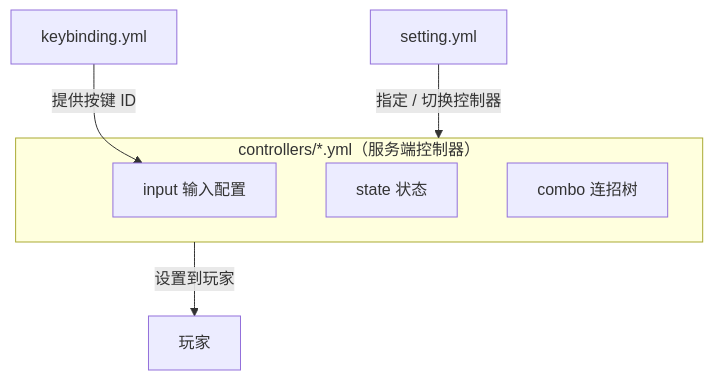
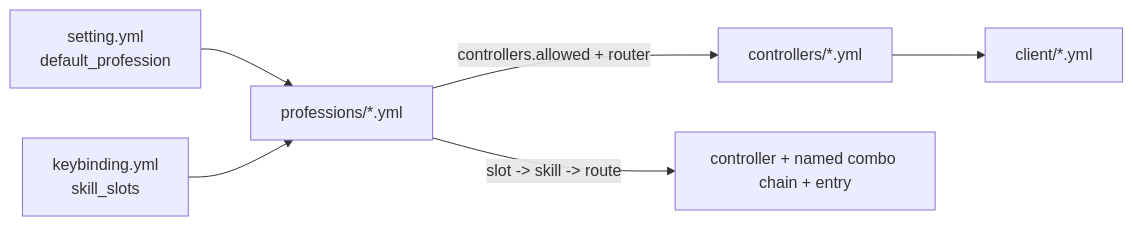
One commit to 17Artist/ArcartX-Wiki changed the diagram in content/docs/chronos/3_config.mdx. Above: the diagram before and after it, drawn with Mermaid. The commit also changed other lines of this file and 23 other files, not shown here.

````diff
--- a/content/docs/chronos/3_config.mdx
+++ b/content/docs/chronos/3_config.mdx
@@ -131,13 +47,8 @@
 ```mermaid
-flowchart TB
-    Setting["setting.yml"] -->|"指定 / 切换控制器"| Controller
-    Keybinding["keybinding.yml"] -->|"提供按键 ID"| C3
-
-    subgraph Controller["controllers/*.yml（服务端控制器）"]
-        C1["state 状态"]
-        C2["combo 连招树"]
-        C3["input 输入配置"]
-    end
-
-    Controller -->|"设置到玩家"| Player["玩家"]
+flowchart LR
+  S["setting.yml<br/>default_profession"] --> P["professions/*.yml"]
+  P -->|"controllers.allowed + router"| C["controllers/*.yml"]
+  K["keybinding.yml<br/>skill_slots"] --> P
+  P -->|"slot -> skill -> route"| N["controller + named combo chain + entry"]
+  C --> L["client/*.yml"]
 ```
````
